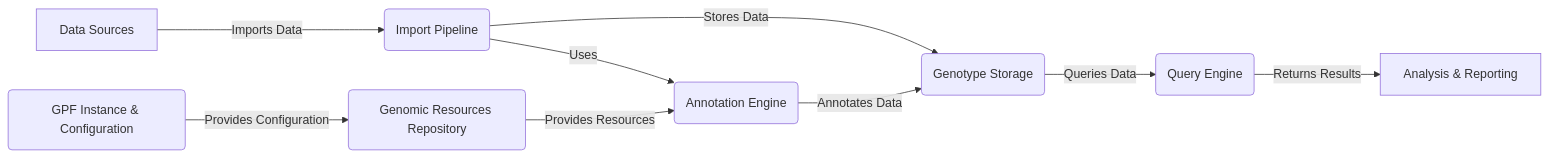
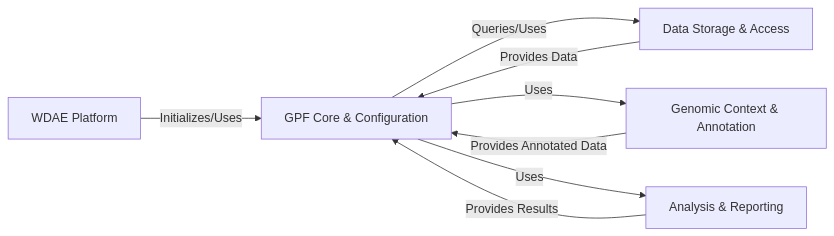
The diagram in gpf/on_boarding.md (CodeBoarding/GeneratedOnBoardings), drawn with Mermaid before and after one commit. The commit also changed other lines of this file and 10 other files, not shown here.

````diff
--- a/gpf/on_boarding.md
+++ b/gpf/on_boarding.md
@@ -7,20 +7,16 @@
 ```mermaid
 graph LR
-    A[Data Sources] -- Imports Data --> B(Import Pipeline)
-    B -- Stores Data --> C(Genotype Storage)
-    D(GPF Instance & Configuration) -- Provides Configuration --> E(Genomic Resources Repository)
-    E -- Provides Resources --> F(Annotation Engine)
-    B -- Uses --> F
-    C -- Queries Data --> G(Query Engine)
-    F -- Annotates Data --> C
-    G -- Returns Results --> H[Analysis & Reporting]
+    A[WDAE Platform] -- "Initializes/Uses" --> B[GPF Core & Configuration]
+    B -- "Queries/Uses" --> C[Data Storage & Access]
+    B -- "Uses" --> D[Genomic Context & Annotation]
+    B -- "Uses" --> E[Analysis & Reporting]
+    C -- "Provides Data" --> B
+    D -- "Provides Annotated Data" --> B
+    E -- "Provides Results" --> B
 
-click A href "https://github.com/CodeBoarding/GeneratedOnBoardings/blob/main/gpf//RelevantFile.md"
-click B href "https://github.com/CodeBoarding/GeneratedOnBoardings/blob/main/gpf//Import%20Pipeline.md"
-click C href "https://github.com/CodeBoarding/GeneratedOnBoardings/blob/main/gpf//Genotype%20Storage.md"
-click D href "https://github.com/CodeBoarding/GeneratedOnBoardings/blob/main/gpf//GPF%20Instance%20&%20Configuration.md"
-click E href "https://github.com/CodeBoarding/GeneratedOnBoardings/blob/main/gpf//Genomic%20Resources%20Repository.md"
-click F href "https://github.com/CodeBoarding/GeneratedOnBoardings/blob/main/gpf//Annotation%20Engine.md"
-click G href "https://github.com/CodeBoarding/GeneratedOnBoardings/blob/main/gpf//RelevantFile.md"
-click H href "https://github.com/CodeBoarding/GeneratedOnBoardings/blob/main/gpf//RelevantFile.md"
+click A href "https://github.com/CodeBoarding/GeneratedOnBoardings/blob/main/gpf//WDAE%20Platform.md"
+click B href "https://github.com/CodeBoarding/GeneratedOnBoardings/blob/main/gpf//GPF%20Core%20&%20Configuration.md"
+click C href "https://github.com/CodeBoarding/GeneratedOnBoardings/blob/main/gpf//Data%20Storage%20&%20Access.md"
+click D href "https://github.com/CodeBoarding/GeneratedOnBoardings/blob/main/gpf//Genomic%20Context%20&%20Annotation.md"
+click E href "https://github.com/CodeBoarding/GeneratedOnBoardings/blob/main/gpf//Analysis%20&%20Reporting.md"
 ```
````
